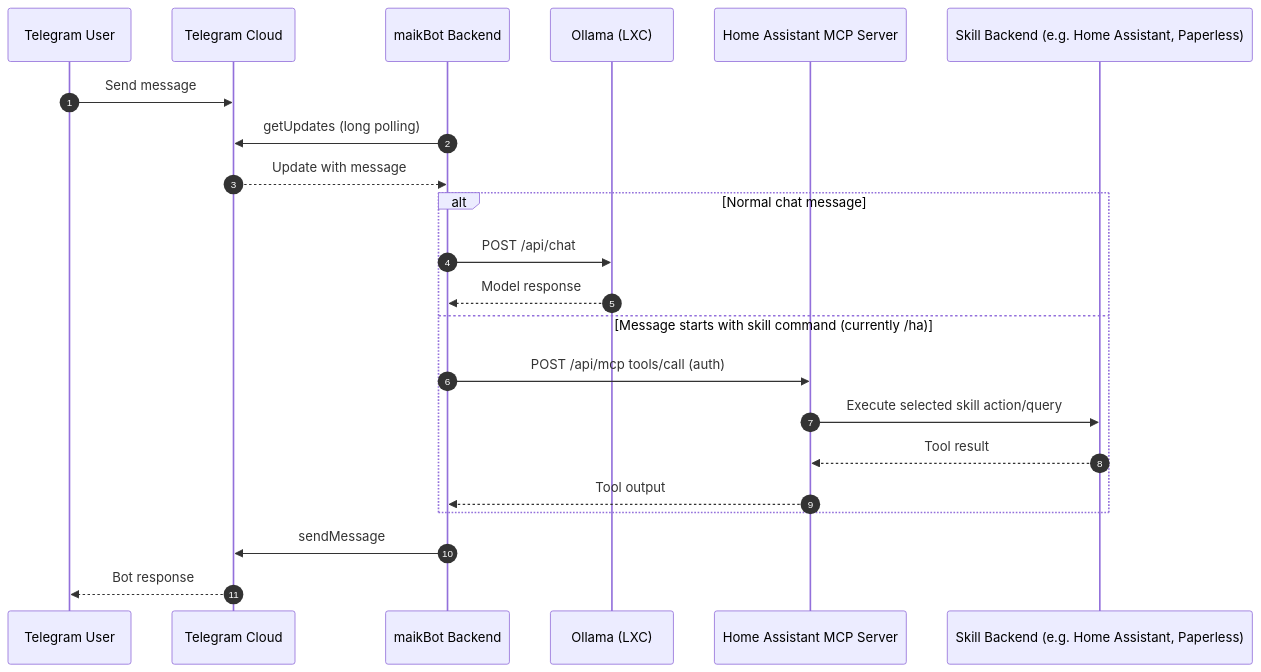
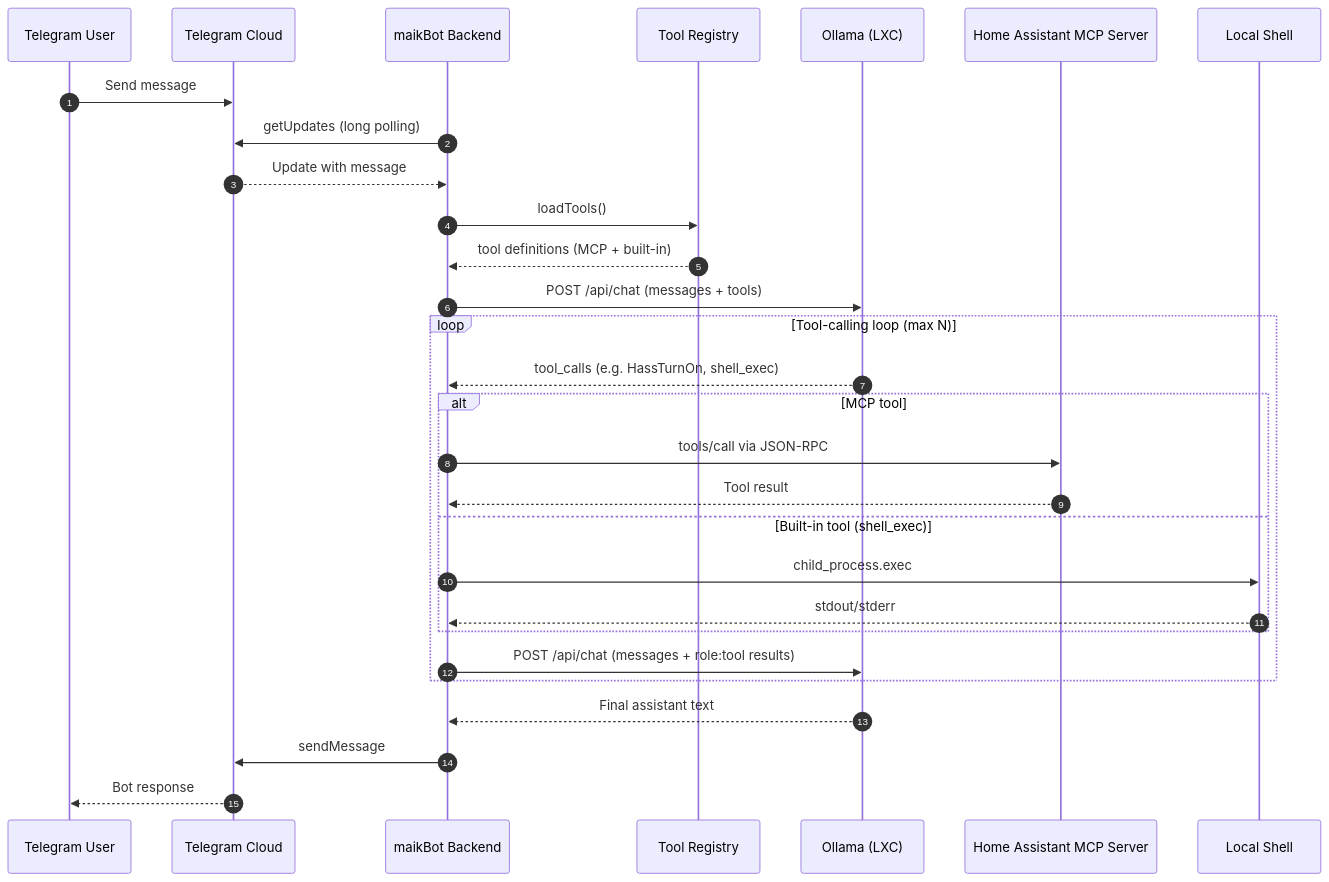
The second of 2 diagrams in README.md (MaikUnglert/maikBot), drawn with Mermaid before and after one commit. The commit also changed other lines of this file and 9 other files, not shown here.

First line of the commit message:
Replace prompt-based MCP planning with native Ollama tool calling

````diff
--- a/README.md
+++ b/README.md
@@ -49,27 +49,35 @@
 ```mermaid
 sequenceDiagram
     autonumber
     participant U as Telegram User
     participant TG as Telegram Cloud
     participant B as maikBot Backend
+    participant TR as Tool Registry
     participant O as Ollama (LXC)
     participant M as Home Assistant MCP Server
-    participant S as Skill Backend (e.g. Home Assistant, Paperless)
+    participant SH as Local Shell
 
     U->>TG: Send message
     B->>TG: getUpdates (long polling)
     TG-->>B: Update with message
 
-    alt Normal chat message
-        B->>O: POST /api/chat
-        O-->>B: Model response
-    else Message starts with skill command (currently /ha)
-        B->>M: POST /api/mcp tools/call (auth)
-        M->>S: Execute selected skill action/query
-        S-->>M: Tool result
-        M-->>B: Tool output
+    B->>TR: loadTools()
+    TR-->>B: tool definitions (MCP + built-in)
+    B->>O: POST /api/chat (messages + tools)
+
+    loop Tool-calling loop (max N)
+        O-->>B: tool_calls (e.g. HassTurnOn, shell_exec)
+        alt MCP tool
+            B->>M: tools/call via JSON-RPC
+            M-->>B: Tool result
+        else Built-in tool (shell_exec)
+            B->>SH: child_process.exec
+            SH-->>B: stdout/stderr
+        end
+        B->>O: POST /api/chat (messages + role:tool results)
     end
 
+    O-->>B: Final assistant text
     B->>TG: sendMessage
     TG-->>U: Bot response
 ```
````
